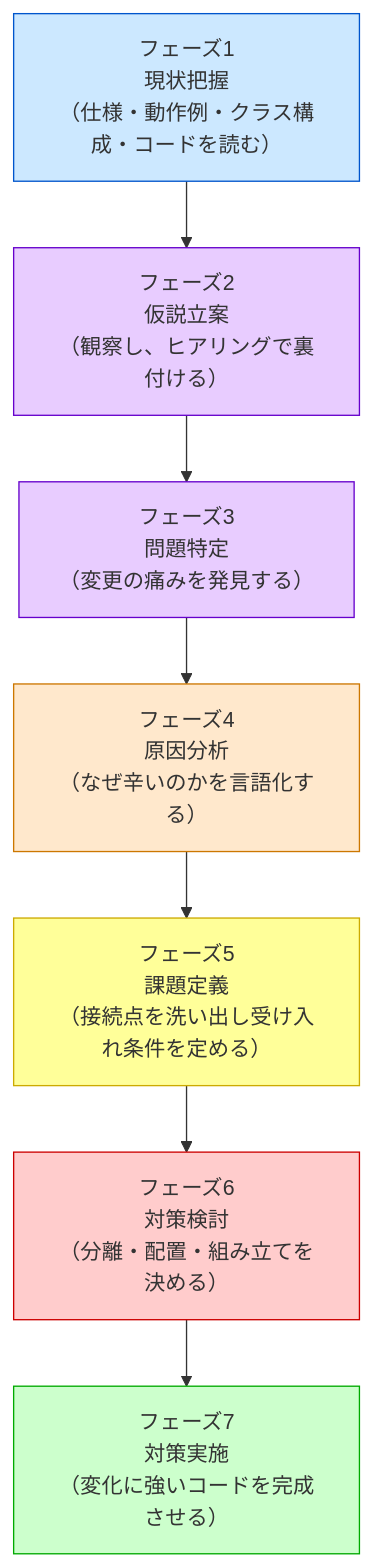
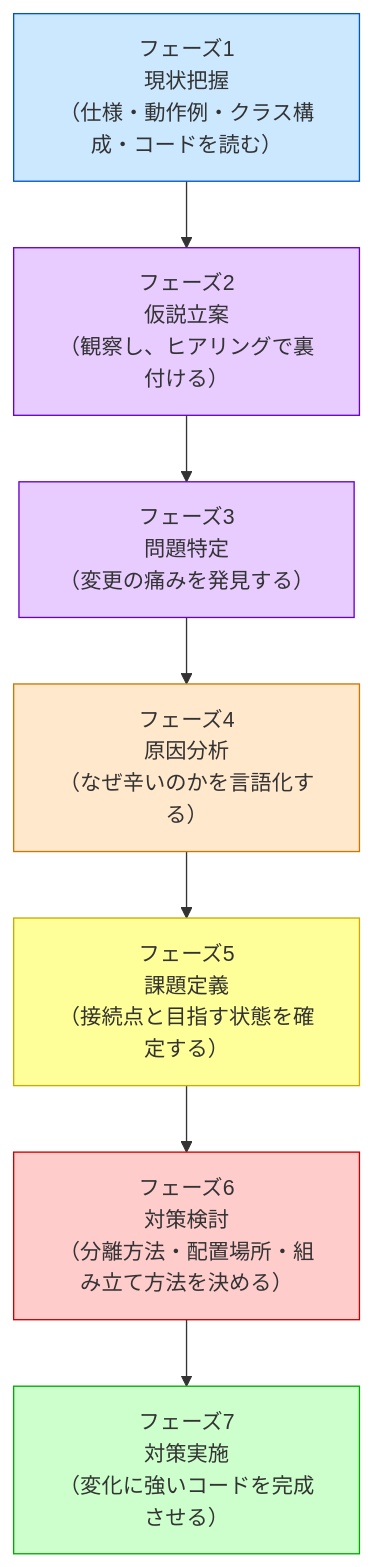
The first of 3 diagrams in kindle/design-patterns/output/chapter00_2.md (kumachan1101-pixel/DesignPattern), drawn with Mermaid before and after one commit. The commit also changed other lines of this file and 21 other files, not shown here.

````diff
--- a/kindle/design-patterns/output/chapter00_2.md
+++ b/kindle/design-patterns/output/chapter00_2.md
@@ -72,20 +72,20 @@
 ```mermaid
 graph TD
     F1["フェーズ1<br>現状把握<br>（仕様・動作例・クラス構成・コードを読む）"]
     F2["フェーズ2<br>仮説立案<br>（観察し、ヒアリングで裏付ける）"]
     F3["フェーズ3<br>問題特定<br>（変更の痛みを発見する）"]
     F4["フェーズ4<br>原因分析<br>（なぜ辛いのかを言語化する）"]
-    F5["フェーズ5<br>課題定義<br>（接続点を洗い出し受け入れ条件を定める）"]
-    F6["フェーズ6<br>対策検討<br>（分離・配置・組み立てを決める）"]
+    F5["フェーズ5<br>課題定義<br>（接続点と目指す状態を確定する）"]
+    F6["フェーズ6<br>対策検討<br>（分離方法・配置場所・組み立て方法を決める）"]
     F7["フェーズ7<br>対策実施<br>（変化に強いコードを完成させる）"]
 
     F1 --> F2 --> F3 --> F4 --> F5 --> F6 --> F7
 
     style F1 fill:#cce8ff,stroke:#0055cc
     style F2 fill:#e8ccff,stroke:#6600cc
     style F3 fill:#e8ccff,stroke:#6600cc
     style F4 fill:#ffe8cc,stroke:#cc7700
     style F5 fill:#ffff99,stroke:#ccaa00
     style F6 fill:#ffcccc,stroke:#cc0000
     style F7 fill:#ccffcc,stroke:#00aa00
 ```
````
